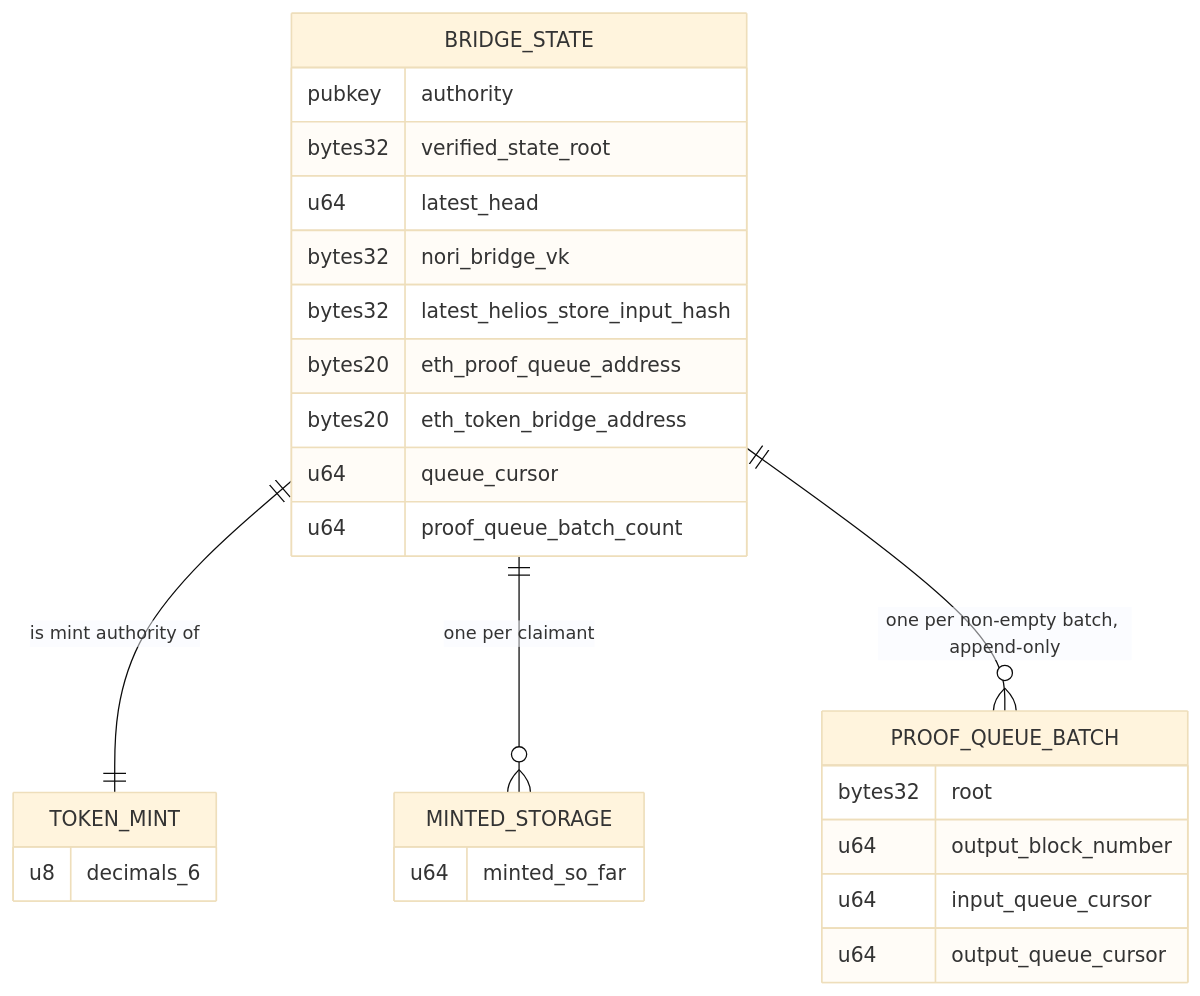
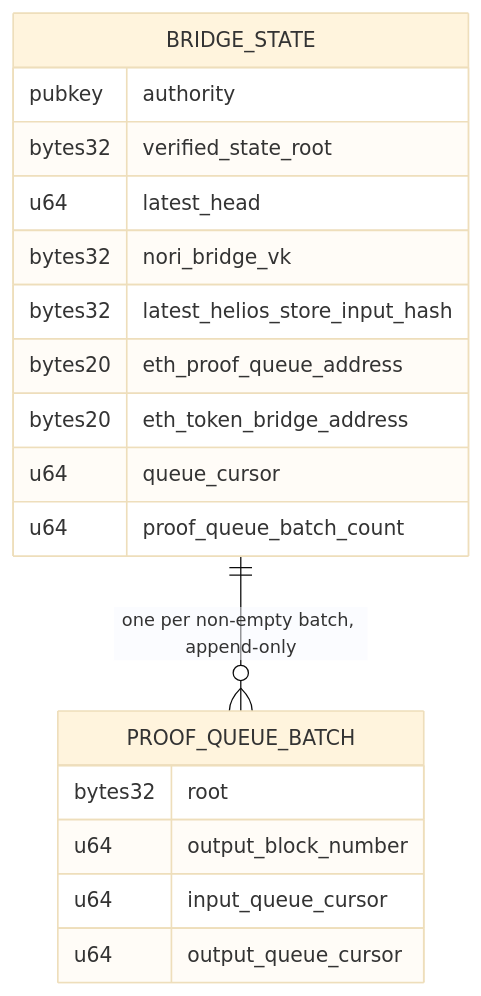
The first of 2 diagrams in README.md (Nori-zk/nori-solana-sdk), drawn with Mermaid (base theme) before and after one commit. The commit also changed other lines of this file and 73 other files, not shown here.

````diff
--- a/README.md
+++ b/README.md
@@ -14,30 +154,22 @@
 ```mermaid
 erDiagram
-    BRIDGE_STATE ||--|| TOKEN_MINT : "is mint authority of"
-    BRIDGE_STATE ||--o{ MINTED_STORAGE : "one per claimant"
     BRIDGE_STATE ||--o{ PROOF_QUEUE_BATCH : "one per non-empty batch, append-only"
 
     BRIDGE_STATE {
         pubkey authority
         bytes32 verified_state_root
         u64 latest_head
         bytes32 nori_bridge_vk
         bytes32 latest_helios_store_input_hash
         bytes20 eth_proof_queue_address
         bytes20 eth_token_bridge_address
         u64 queue_cursor
         u64 proof_queue_batch_count
     }
     PROOF_QUEUE_BATCH {
         bytes32 root
         u64 output_block_number
         u64 input_queue_cursor
         u64 output_queue_cursor
     }
-    MINTED_STORAGE {
-        u64 minted_so_far
-    }
-    TOKEN_MINT {
-        u8 decimals_6
-    }
 ```
````
